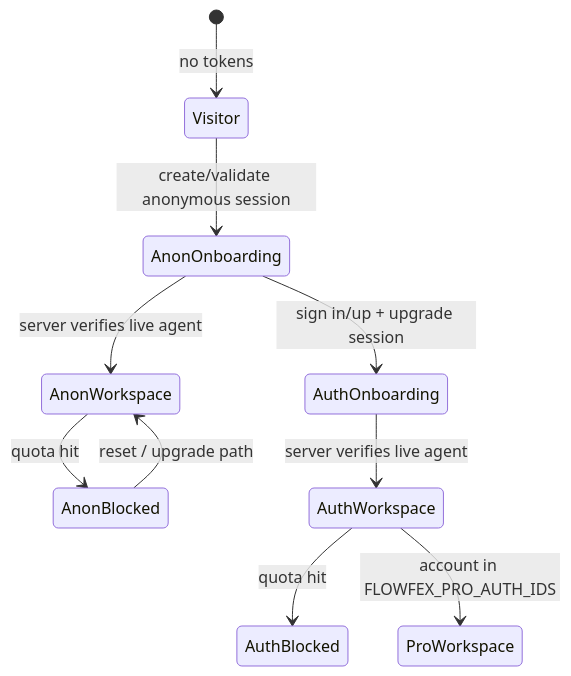
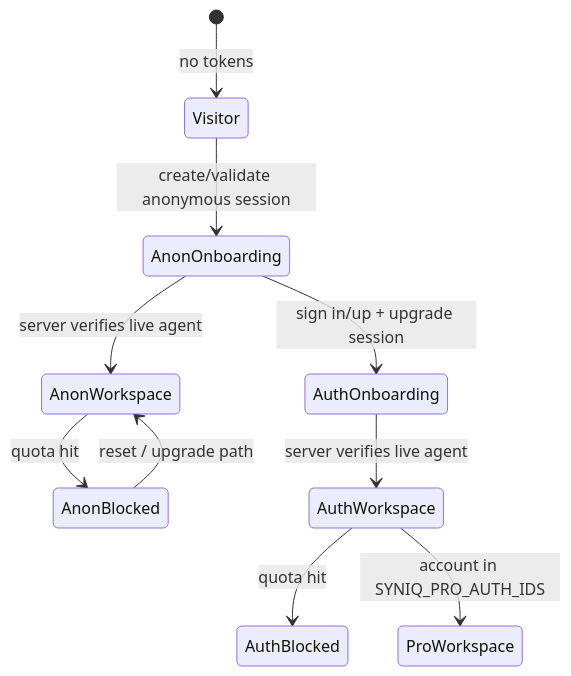
The diagram in docs/PRODUCT_STATE.md (Cjay-Cyber-2/Flowfex), drawn with Mermaid before and after one commit. The commit also changed other lines of this file and 192 other files, not shown here.

````diff
--- a/docs/PRODUCT_STATE.md
+++ b/docs/PRODUCT_STATE.md
@@ -28,12 +28,12 @@
 ```mermaid
 stateDiagram-v2
   [*] --> Visitor: no tokens
   Visitor --> AnonOnboarding: create/validate anonymous session
   AnonOnboarding --> AnonWorkspace: server verifies live agent
   AnonWorkspace --> AnonBlocked: quota hit
   AnonBlocked --> AnonWorkspace: reset / upgrade path
   AnonOnboarding --> AuthOnboarding: sign in/up + upgrade session
   AuthOnboarding --> AuthWorkspace: server verifies live agent
   AuthWorkspace --> AuthBlocked: quota hit
-  AuthWorkspace --> ProWorkspace: account in FLOWFEX_PRO_AUTH_IDS
+  AuthWorkspace --> ProWorkspace: account in SYNIQ_PRO_AUTH_IDS
 ```
````
